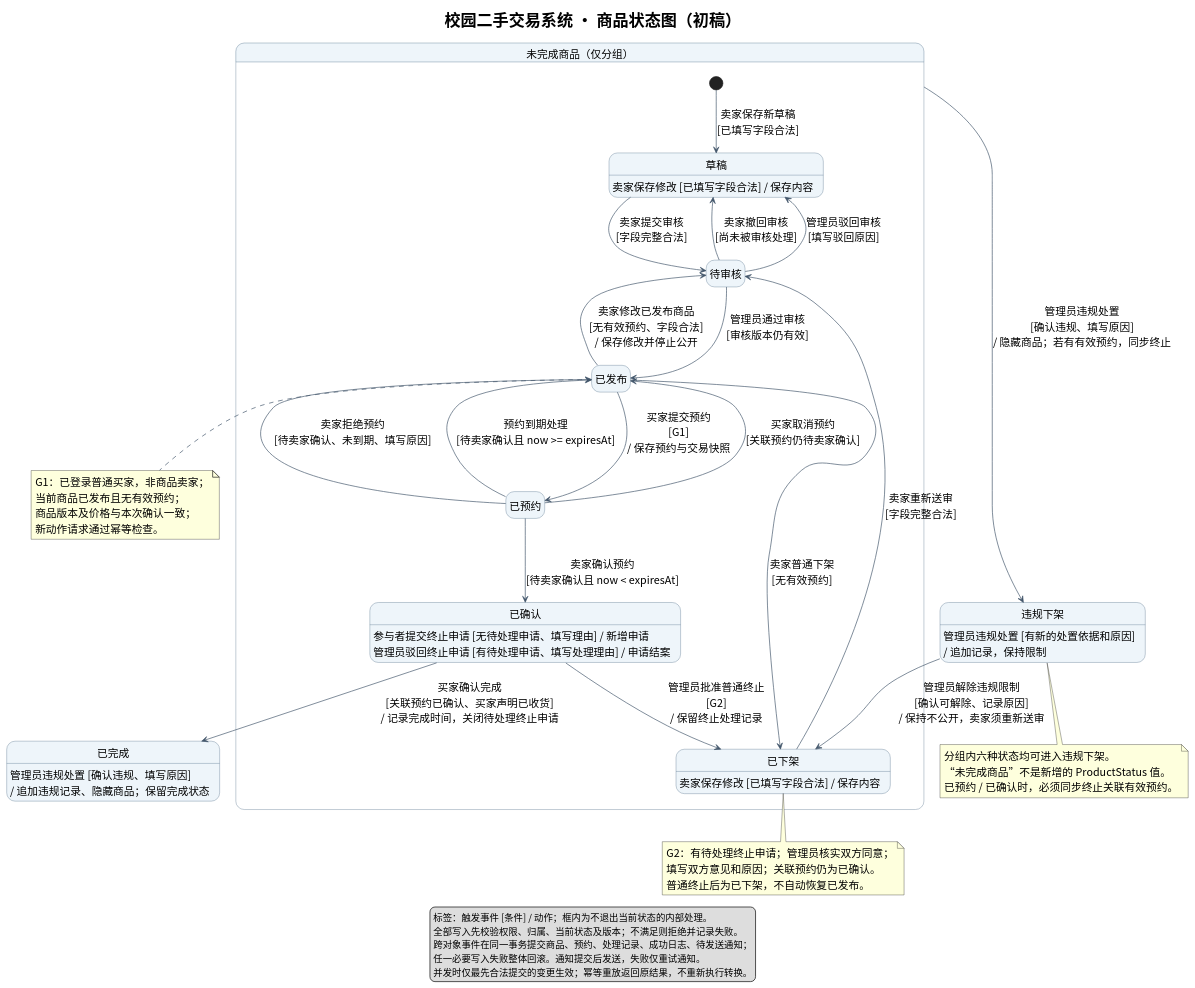
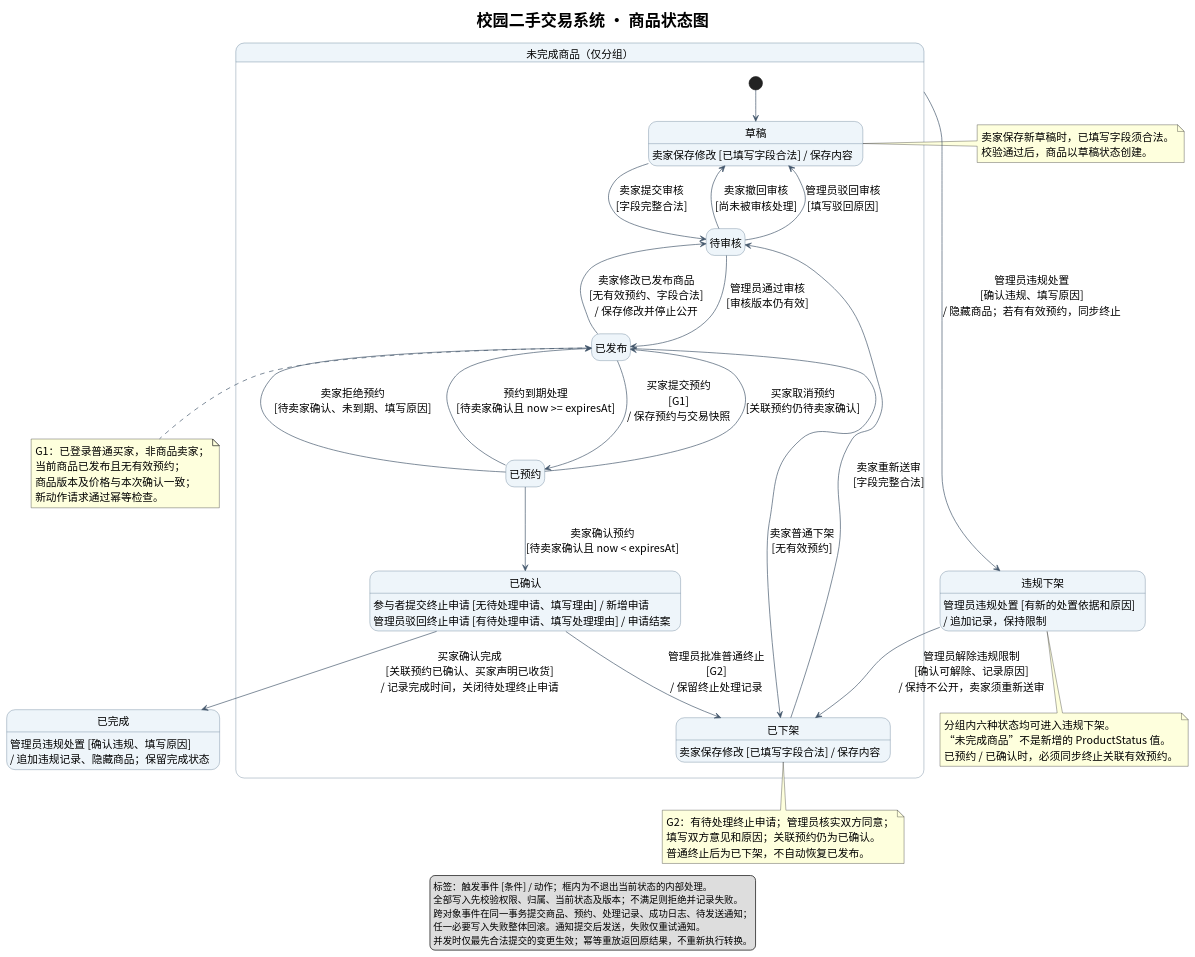
Before and after one commit to Fracwtx/se-lab2: the diagram in UML/商品状态图.puml, drawn with PlantUML. The commit also changed 3 other files, not shown here.

Commit message:
修订商品和预约状态图的初始转换

```diff
--- a/UML/商品状态图.puml
+++ b/UML/商品状态图.puml
@@ -1,70 +1,74 @@
 @startuml
 skinparam defaultFontName Noto Sans CJK SC
 skinparam defaultFontSize 16
 skinparam titleFontSize 24
 skinparam shadowing false
 skinparam stateBackgroundColor #EEF5FA
 skinparam stateBorderColor #486581
 skinparam ArrowColor #42566B
 skinparam nodesep 35
 skinparam ranksep 45
 hide empty description
 top to bottom direction
-title 校园二手交易系统 · 商品状态图（初稿）
+title 校园二手交易系统 · 商品状态图
 state "未完成商品（仅分组）" as Unfinished {
  state "草稿" as Draft
  state "待审核" as Reviewing
  state "已发布" as Published
  state "已预约" as Reserved
  state "已确认" as Confirmed
  state "已下架" as OffShelf
- [*] --> Draft : 卖家保存新草稿\n[已填写字段合法]
+ [*] --> Draft
  Draft --> Reviewing : 卖家提交审核\n[字段完整合法]
  Reviewing --> Draft : 卖家撤回审核\n[尚未被审核处理]
  Reviewing --> Draft : 管理员驳回审核\n[填写驳回原因]
  Reviewing --> Published : 管理员通过审核\n[审核版本仍有效]
  Published --> Reviewing : 卖家修改已发布商品\n[无有效预约、字段合法]\n/ 保存修改并停止公开
  Published --> OffShelf : 卖家普通下架\n[无有效预约]
  OffShelf --> Reviewing : 卖家重新送审\n[字段完整合法]
  Published --> Reserved : 买家提交预约\n[G1]\n/ 保存预约与交易快照
  Reserved --> Confirmed : 卖家确认预约\n[待卖家确认且 now < expiresAt]
  Reserved --> Published : 买家取消预约\n[关联预约仍待卖家确认]
  Reserved --> Published : 卖家拒绝预约\n[待卖家确认、未到期、填写原因]
  Reserved --> Published : 预约到期处理\n[待卖家确认且 now >= expiresAt]
  Confirmed --> OffShelf : 管理员批准普通终止\n[G2]\n/ 保留终止处理记录
  Draft : 卖家保存修改 [已填写字段合法] / 保存内容
  OffShelf : 卖家保存修改 [已填写字段合法] / 保存内容
  Confirmed : 参与者提交终止申请 [无待处理申请、填写理由] / 新增申请
  Confirmed : 管理员驳回终止申请 [有待处理申请、填写处理理由] / 申请结案
 }
 state "违规下架" as Violation
 state "已完成" as Completed
 Confirmed --> Completed : 买家确认完成\n[关联预约已确认、买家声明已收货]\n/ 记录完成时间，关闭待处理终止申请
 Unfinished --> Violation : 管理员违规处置\n[确认违规、填写原因]\n/ 隐藏商品；若有有效预约，同步终止
 Violation --> OffShelf : 管理员解除违规限制\n[确认可解除、记录原因]\n/ 保持不公开，卖家须重新送审
 Violation : 管理员违规处置 [有新的处置依据和原因]\n/ 追加记录，保持限制
 Completed : 管理员违规处置 [确认违规、填写原因]\n/ 追加违规记录、隐藏商品；保留完成状态
+note right of Draft
+ 卖家保存新草稿时，已填写字段须合法。
+ 校验通过后，商品以草稿状态创建。
+end note
 note bottom of Published
  G1：已登录普通买家，非商品卖家；
  当前商品已发布且无有效预约；
  商品版本及价格与本次确认一致；
  新动作请求通过幂等检查。
 end note
 note bottom of OffShelf
  G2：有待处理终止申请；管理员核实双方同意；
  填写双方意见和原因；关联预约仍为已确认。
  普通终止后为已下架，不自动恢复已发布。
 end note
 note bottom of Violation
  分组内六种状态均可进入违规下架。
  “未完成商品”不是新增的 ProductStatus 值。
  已预约 / 已确认时，必须同步终止关联有效预约。
 end note
 legend bottom
   标签：触发事件 [条件] / 动作；框内为不退出当前状态的内部处理。
   全部写入先校验权限、归属、当前状态及版本；不满足则拒绝并记录失败。
   跨对象事件在同一事务提交商品、预约、处理记录、成功日志、待发送通知；
   任一必要写入失败整体回滚。通知提交后发送，失败仅重试通知。
   并发时仅最先合法提交的变更生效；幂等重放返回原结果，不重新执行转换。
 endlegend
 @enduml
```
